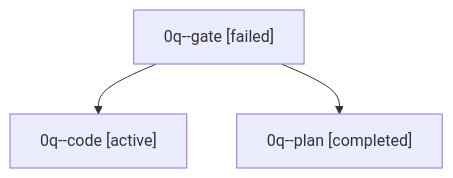
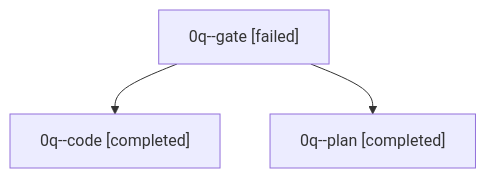
One commit to bobs-org/bob-cli--agents changed the diagram in sessions/bbugyi200.apollo.0q.md. Above: the diagram before and after it, drawn with Mermaid. The commit also changed other lines of this file and 10 other files, not shown here.

````diff
--- a/sessions/bbugyi200.apollo.0q.md
+++ b/sessions/bbugyi200.apollo.0q.md
@@ -9,8 +9,8 @@
 ```mermaid
 flowchart TD
   n0["0q--gate [failed]"]
-  n1["0q--code [active]"]
+  n1["0q--code [completed]"]
   n0 --> n1
   n2["0q--plan [completed]"]
   n0 --> n2
 ```
````
